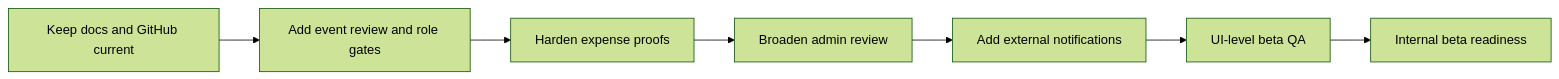
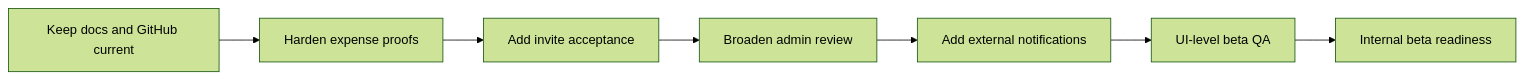
The fourth of 4 diagrams in docs/project-architecture-brief-v0.1.md (moirakk/GatherUp), drawn with Mermaid (forest theme) before and after one commit. The commit also changed other lines of this file and 10 other files, not shown here.

Commit message:
Add admin event review queue

````diff
--- a/docs/project-architecture-brief-v0.1.md
+++ b/docs/project-architecture-brief-v0.1.md
@@ -244,9 +244,9 @@
 ```mermaid
 flowchart LR
-  A["Keep docs and GitHub current"] --> B["Add event review and role gates"]
-  B --> C["Harden expense proofs"]
+  A["Keep docs and GitHub current"] --> B["Harden expense proofs"]
+  B --> C["Add invite acceptance"]
   C --> D["Broaden admin review"]
   D --> E["Add external notifications"]
   E --> F["UI-level beta QA"]
   F --> G["Internal beta readiness"]
 ```
````
